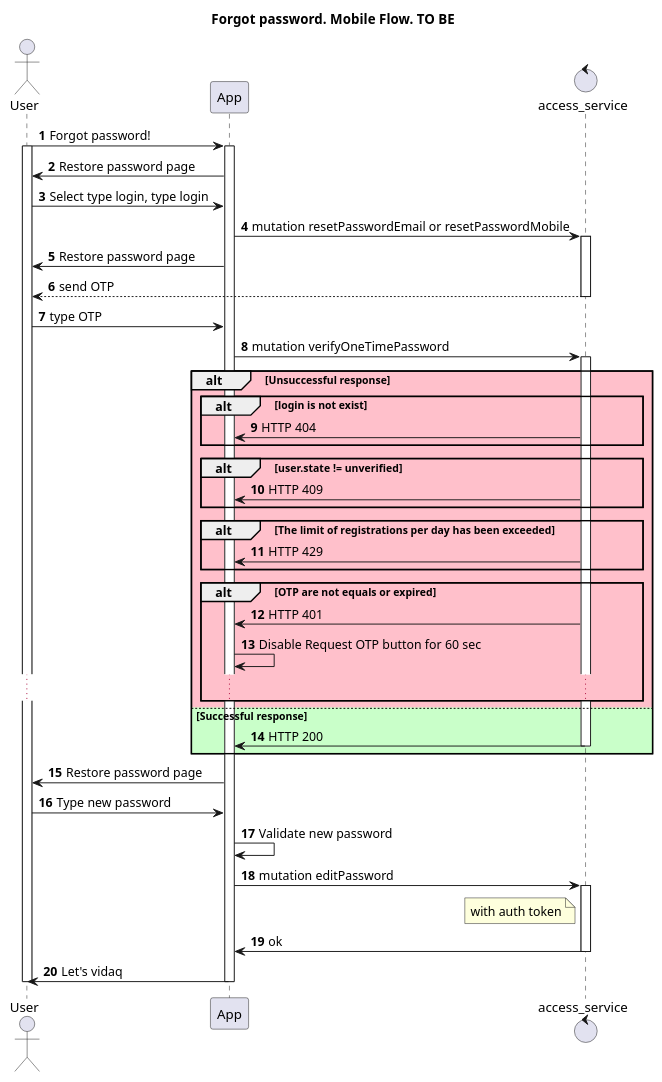
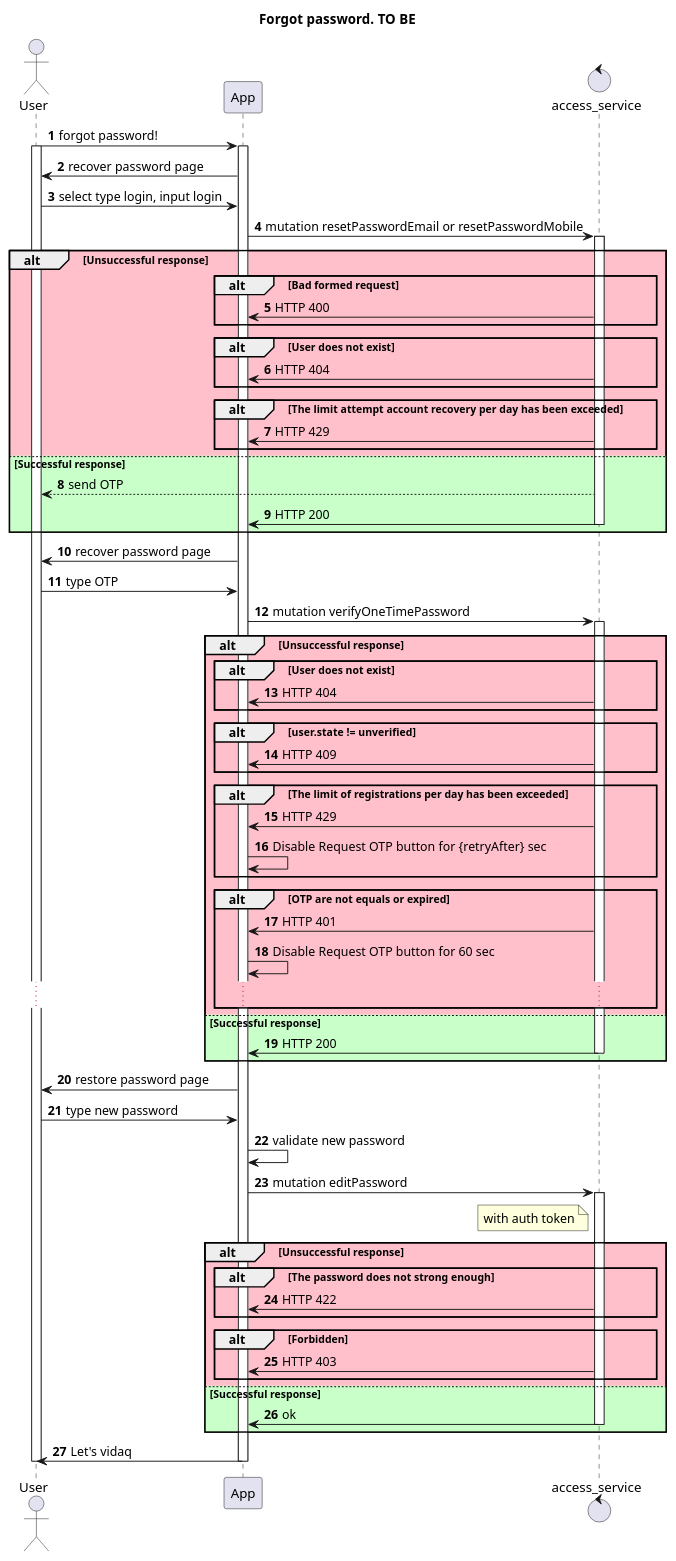
The diagram in schemas/fogotPasswordToBe.puml (algruwork/work), drawn with PlantUML before and after one commit. The commit also changed 1 other file, not shown here.

```diff
--- a/schemas/fogotPasswordToBe.puml
+++ b/schemas/fogotPasswordToBe.puml
@@ -1,67 +1,100 @@
 @startuml
 actor User as U
 participant App as GUI
 control access_service as AC
 
-title "Forgot password. Mobile Flow. TO BE"
+title "Forgot password. TO BE"
 autonumber
-U -> GUI: Forgot password!
+U -> GUI: forgot password!
 activate U
 activate GUI
 
-GUI -> U: Restore password page
+GUI -> U: recover password page
 
-U -> GUI: Select type login, type login
+U -> GUI: select type login, input login
 GUI -> AC: mutation resetPasswordEmail or resetPasswordMobile
 activate AC
-GUI -> U: Restore password page
+alt #Pink Unsuccessful response
 
+alt #Pink Bad formed request
+AC -> GUI: HTTP 400
+end
+
+alt #Pink User does not exist
+AC -> GUI: HTTP 404
+end
+
+alt #Pink The limit attempt account recovery per day has been exceeded
+AC -> GUI: HTTP 429
+end
+
+else #Technology Successful response
 AC --> U: send OTP
+AC -> GUI: HTTP 200
 deactivate AC
+end
+GUI -> U: recover password page
+
+
 
 U -> GUI: type OTP
 GUI -> AC: mutation verifyOneTimePassword
 activate AC
 
 alt #Pink Unsuccessful response
-alt #Pink login is not exist
+alt #Pink User does not exist
 AC -> GUI: HTTP 404
 end
 
 alt #Pink user.state != unverified
 AC -> GUI: HTTP 409
 end
 
 alt #Pink The limit of registrations per day has been exceeded
 AC -> GUI: HTTP 429
+GUI -> GUI: Disable Request OTP button for {retryAfter} sec
 end
 
 alt #Pink OTP are not equals or expired
 AC -> GUI: HTTP 401
 GUI -> GUI: Disable Request OTP button for 60 sec
 ...
 end
 
 
 else #Technology Successful response
 AC -> GUI: HTTP 200
 deactivate AC
 end
 
 
-GUI -> U: Restore password page
-U -> GUI: Type new password
-GUI -> GUI: Validate new password
+GUI -> U: restore password page
+U -> GUI: type new password
+GUI -> GUI: validate new password
 
 GUI -> AC: mutation editPassword
 note left AC
 with auth token
 end note
 activate AC
+
+alt #Pink Unsuccessful response
+
+alt #Pink The password does not strong enough
+AC -> GUI: HTTP 422
+end
+
+alt #Pink Forbidden
+AC -> GUI: HTTP 403
+end
+
+
+else #Technology Successful response
 AC -> GUI: ok
 deactivate AC
+end
 
 GUI -> U: Let's vidaq
 deactivate GUI
 deactivate U
 @enduml
```
